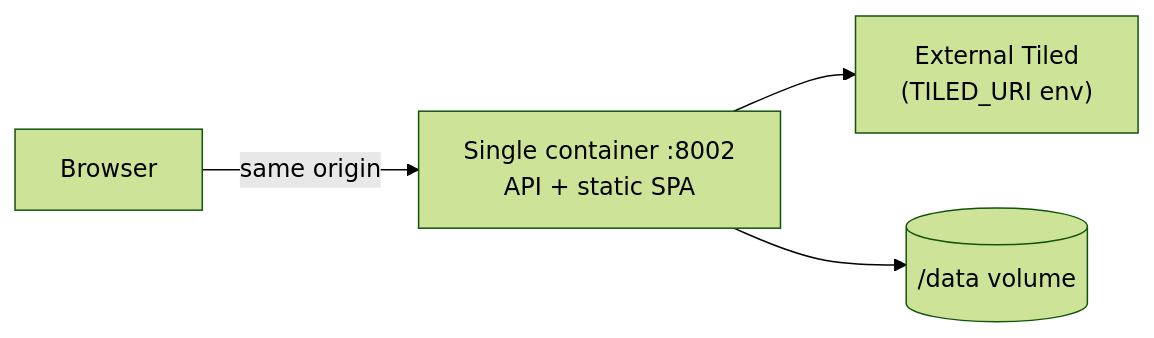
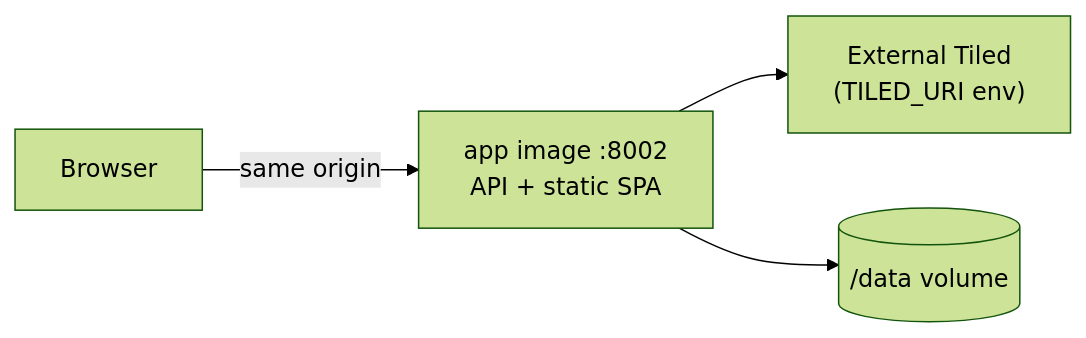
One commit to mlexchange/Segmentation_Annotation_Studio changed the third of 13 diagrams in docs/reference/architecture.md. Above: the diagram before and after it, drawn with Mermaid (forest theme). The commit also changed other lines of this file and 7 other files, not shown here.

````diff
--- a/docs/reference/architecture.md
+++ b/docs/reference/architecture.md
@@ -104,11 +148,11 @@
     ```mermaid
     flowchart LR
       Browser["Browser"]
-      Container["Single container :8002<br/>API + static SPA"]
+      Container["app image :8002<br/>API + static SPA"]
       TiledExt["External Tiled<br/>(TILED_URI env)"]
       Volume[("/data volume")]
 
       Browser -->|same origin| Container
       Container --> TiledExt
       Container --> Volume
     ```
````
